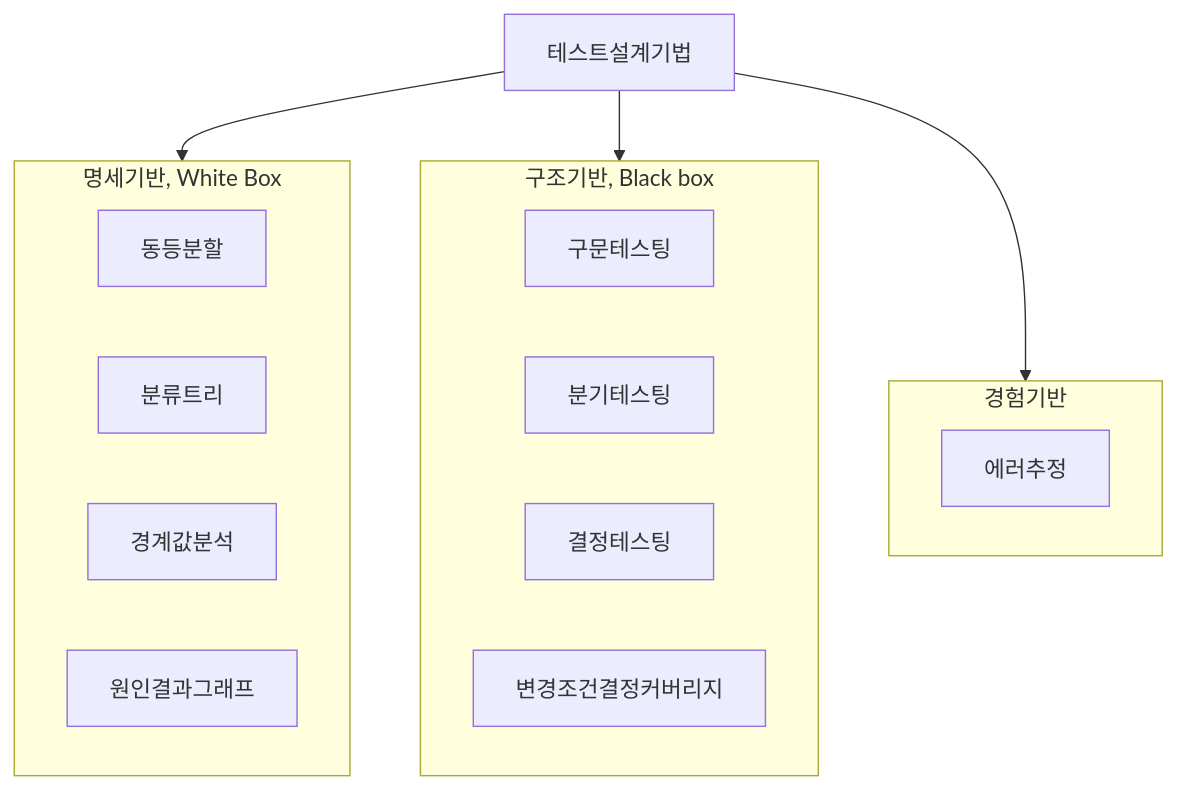
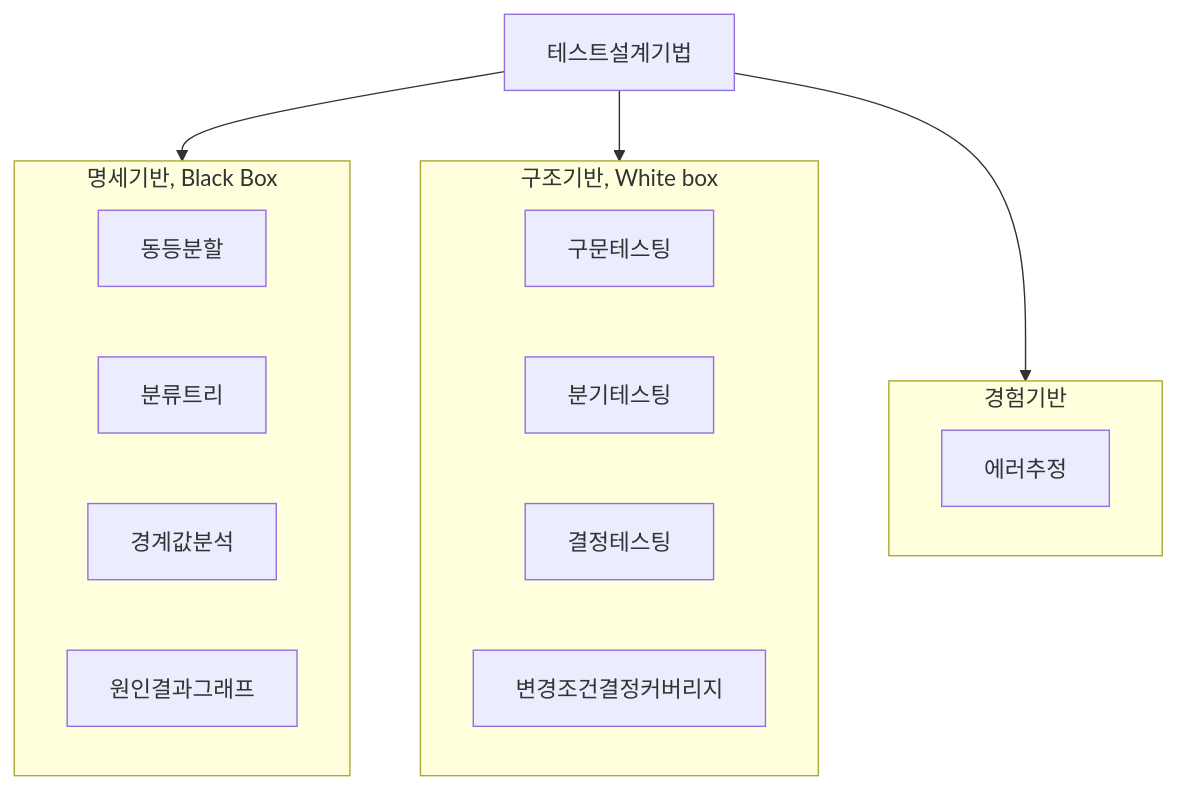
One commit to gracefullight/gracefullight.github.io changed the third of 3 diagrams in blog/pe/sw/iso-29119.md. Above: the diagram before and after it, drawn with Mermaid. The commit also changed other lines of this file and 25 other files, not shown here.

````diff
--- a/blog/pe/sw/iso-29119.md
+++ b/blog/pe/sw/iso-29119.md
@@ -76,26 +76,26 @@
 ```mermaid
 graph TB
   테스트설계기법
 
-  subgraph 명세기반[명세기반, White Box]
+  subgraph 명세기반[명세기반, Black Box]
     동등분할
     분류트리
     경계값분석
     원인결과그래프
   end
 
-  subgraph 구조기반[구조기반, Black box]
+  subgraph 구조기반[구조기반, White box]
     구문테스팅
     분기테스팅
     결정테스팅
     변경조건결정커버리지
   end
 
   subgraph 경험기반
     에러추정
   end
 
   테스트설계기법 --> 명세기반
   테스트설계기법 --> 구조기반
   테스트설계기법 --> 경험기반
 ```
````
